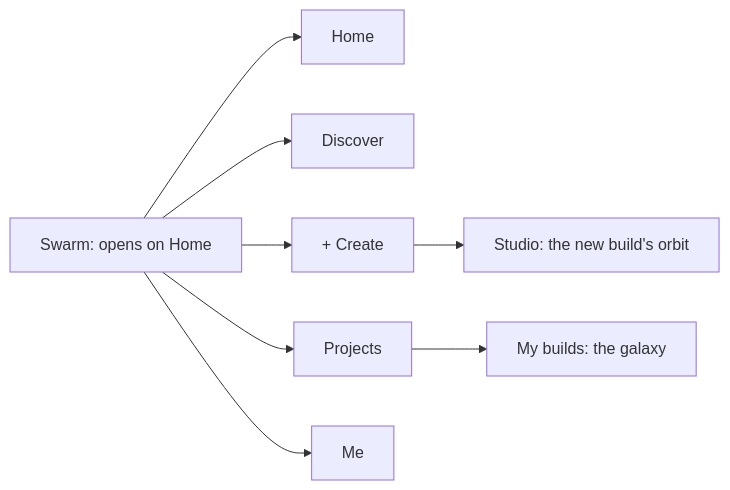
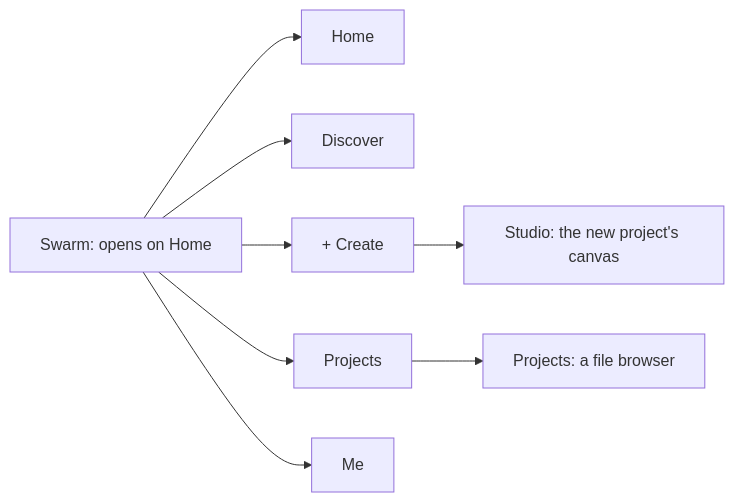
The second of 24 diagrams in docs/ux/SITEMAP.md (Pukujan/swarm-studio), drawn with Mermaid before and after one commit. The commit also changed other lines of this file and 19 other files, not shown here.

First line of the commit message:
A project is one canvas: Files and Layers, artboards, crew cursors

````diff
--- a/docs/ux/SITEMAP.md
+++ b/docs/ux/SITEMAP.md
@@ -44,10 +44,10 @@
 ```mermaid
 flowchart LR
   APP["Swarm: opens on Home"] --> N1[Home]
   APP --> N2[Discover]
   APP --> N3["+ Create"]
   APP --> N4[Projects]
   APP --> N5[Me]
-  N3 --> ST["Studio: the new build's orbit"]
-  N4 --> GA["My builds: the galaxy"]
+  N3 --> ST["Studio: the new project's canvas"]
+  N4 --> GA["Projects: a file browser"]
 ```
````
